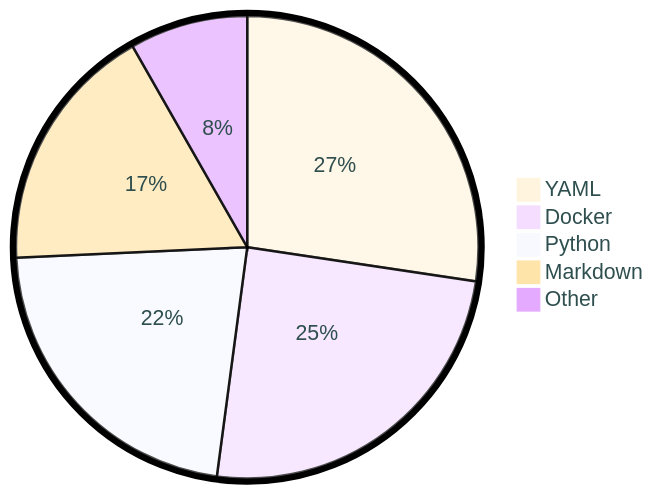
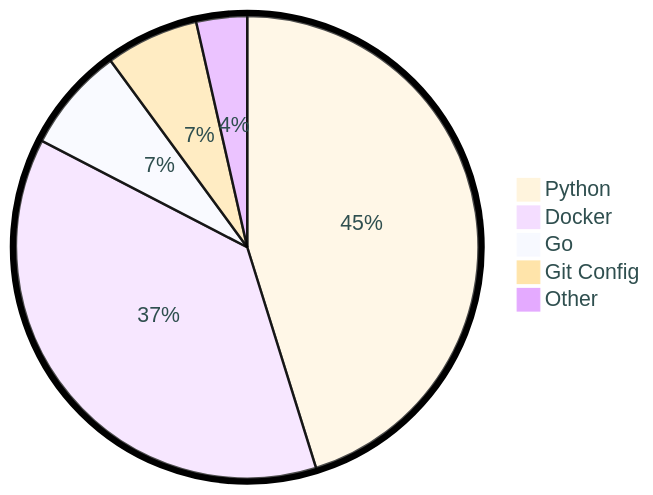
Before and after one commit to tot0p/tot0p: the diagram in README.md, drawn with Mermaid. The commit also changed other lines of this file, not shown here.

````diff
--- a/README.md
+++ b/README.md
@@ -74,9 +74,9 @@
 ```mermaid
 %%{init: {"pie": {"textPosition": 0.5}, "themeVariables": {"pieOuterStrokeWidth": "5px","primaryTextColor" : "#2F4F4F"},"theme":"base"} }%%
 pie
-	"YAML": 27.36
-	"Docker": 24.74
-	"Python": 22.18
-	"Markdown": 17.47
-	"Other": 8.25
+	"Python": 45.19
+	"Docker": 37.42
+	"Go": 7.33
+	"Git Config": 6.51
+	"Other": 3.5500000000000003
 ```
````
